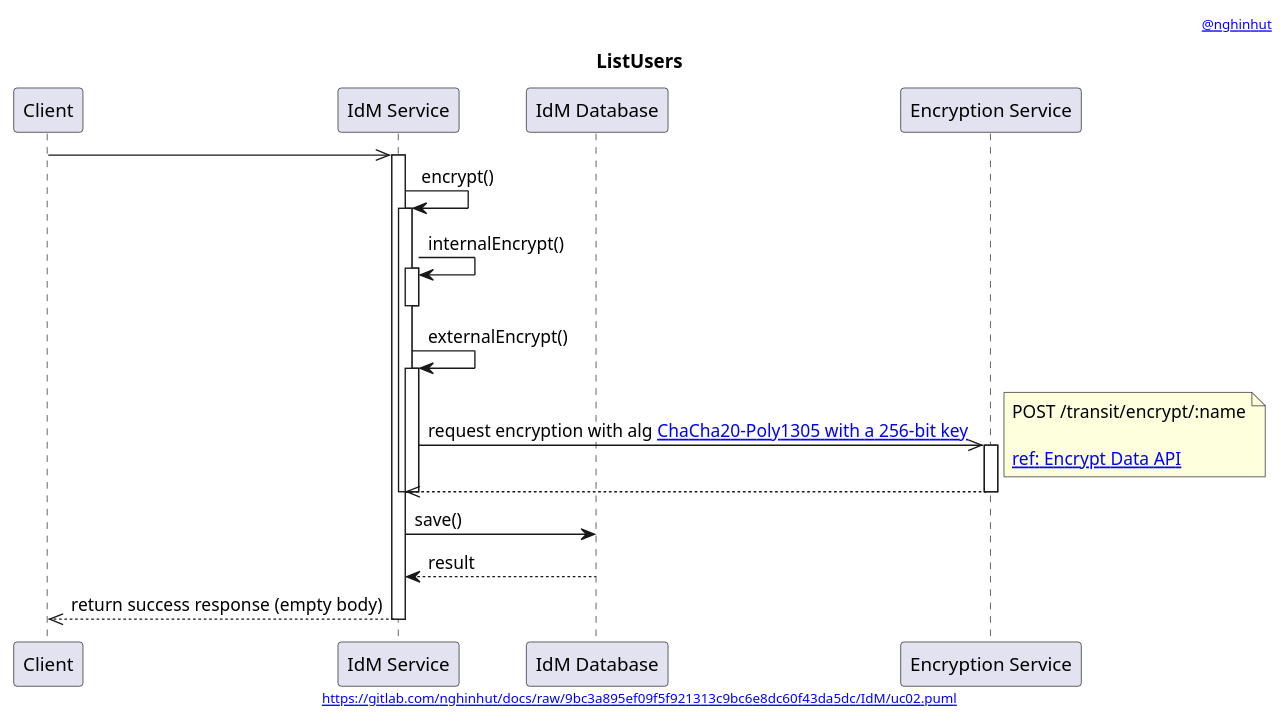
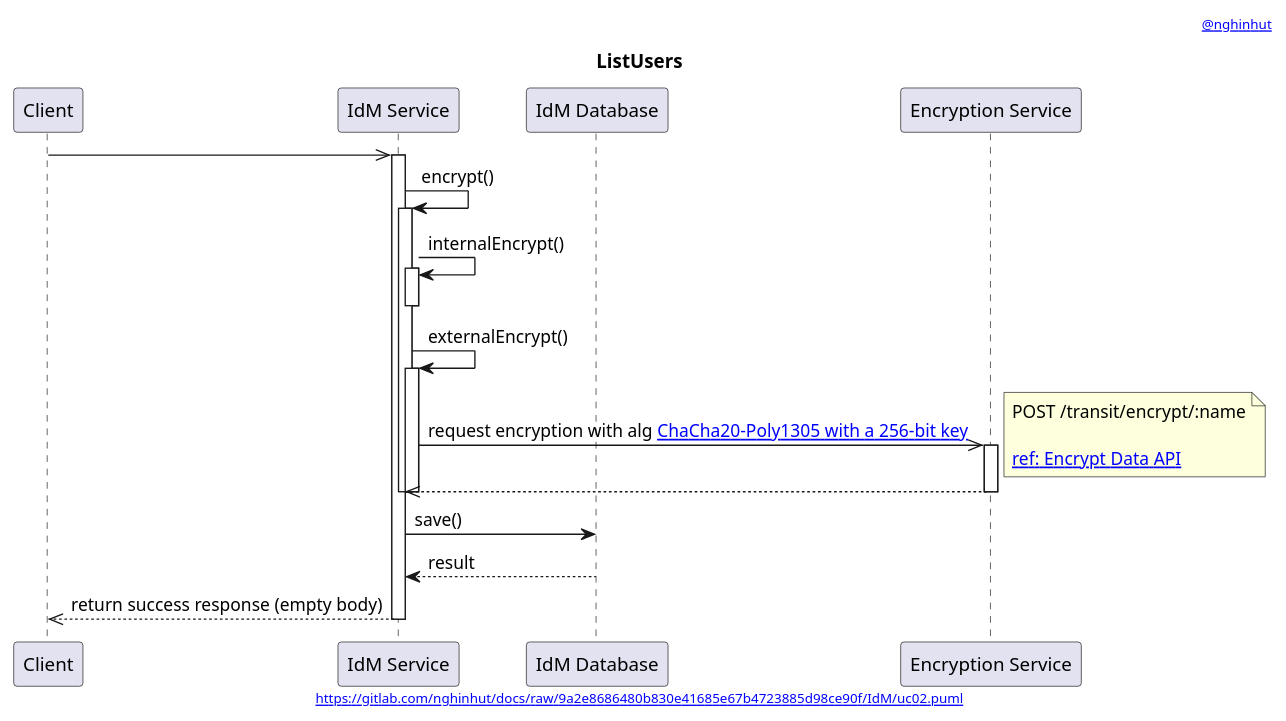
Before and after one commit to nghinhut/docs: the diagram in IdM/uc02.sequence.puml, drawn with PlantUML. The commit also changed 17 other files, not shown here.

Commit message:
Update diagrams

```diff
--- a/IdM/uc02.sequence.puml
+++ b/IdM/uc02.sequence.puml
@@ -1,43 +1,43 @@
 @startuml
 '-----START auto generated metadata please keep comment here to allow auto update-----
 '-----DON'T EDIT THIS SECTION, INSTEAD RE-RUN prebuild.sh TO UPDATE-----
 header [[mailto:nghinhut@gmail.com @nghinhut]]
-footer [[https://gitlab.com/nghinhut/docs/raw/9bc3a895ef09f5f921313c9bc6e8dc60f43da5dc/IdM/uc02.puml]]
+footer [[https://gitlab.com/nghinhut/docs/raw/9a2e8686480b830e41685e67b4723885d98ce90f/IdM/uc02.puml]]
 '-----END auto generated metadata please keep comment here to allow auto update-----
 title ListUsers
 
 participant "Client" as client
 participant "IdM Service" as idm
 participant "IdM Database" as db
 participant "Encryption Service" as es
 
 client ->> idm
 activate idm
 
 idm -> idm : encrypt()
 activate idm
 idm -> idm : internalEncrypt()
 activate idm
 deactivate idm
 
 idm -> idm : externalEncrypt()
 activate idm
 idm ->> es : request encryption with alg [[https://www.vaultproject.io/docs/secrets/transit/index.html#chacha20-poly1305 ChaCha20-Poly1305 with a 256-bit key]]
 note right
     POST /transit/encrypt/:name
 
     [[https://www.vaultproject.io/api/secret/transit/index.html#encrypt-data ref: Encrypt Data API]]
 end note
 activate es
 idm <<-- es
 deactivate es
 deactivate idm
 deactivate idm
 
 idm -> db : save()
 idm <-- db : result
 
 client <<-- idm : return success response (empty body)
 deactivate idm
 
 @enduml
```
